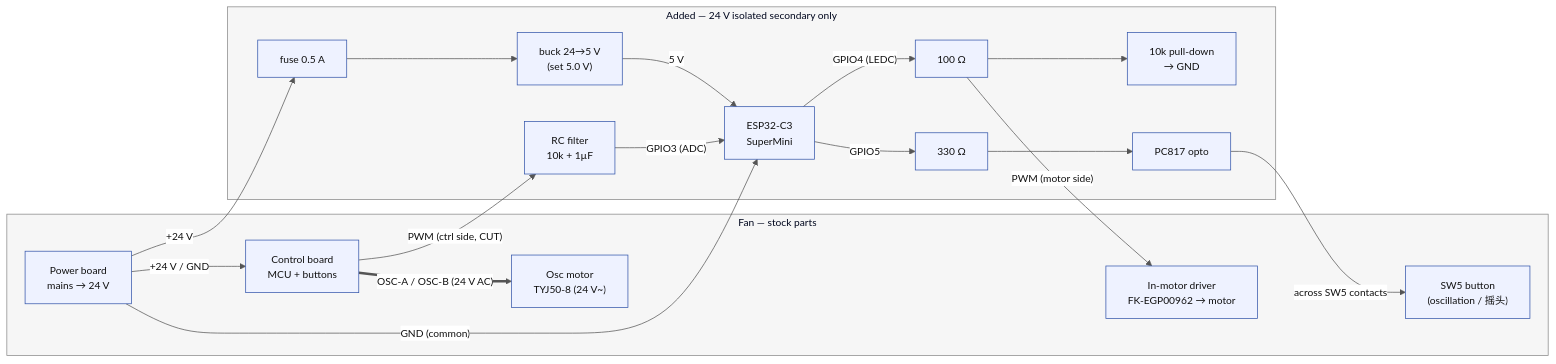
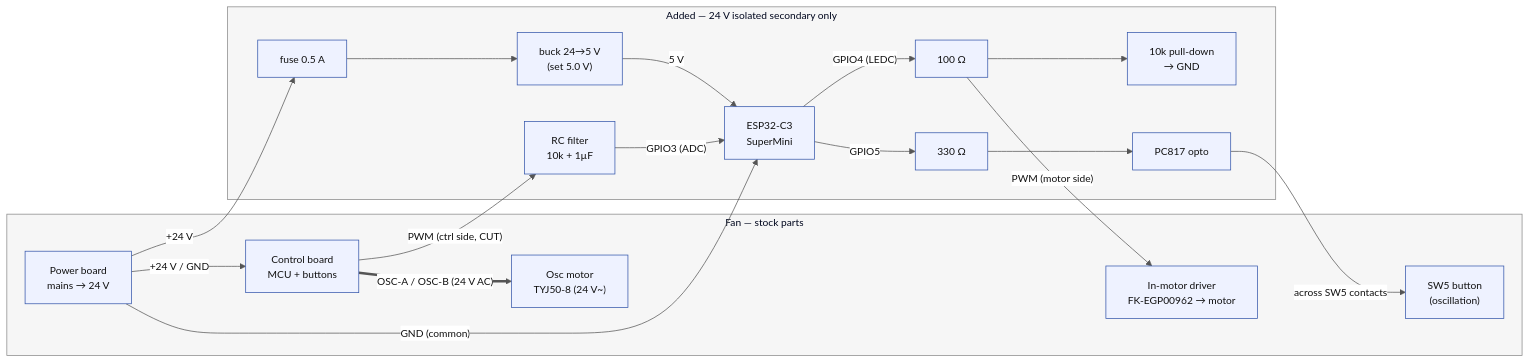
The first of 2 diagrams in BUILD_GUIDE.md (smailzhu/heran-fan-ha-mod), drawn with Mermaid before and after one commit. The commit also changed other lines of this file and 2 other files, not shown here.

Commit message:
Docs: use plain-English 'SW5 (oscillation)' throughout; keep 摇头 only as one bilingual ref + the keypad button-map legend (avoids stray CJK/double-width clutter)

````diff
--- a/BUILD_GUIDE.md
+++ b/BUILD_GUIDE.md
@@ -142,47 +142,47 @@
 ```mermaid
 %%{init: {"theme":"base","themeVariables":{
   "fontSize":"14px",
   "primaryColor":"#eef2ff","primaryTextColor":"#111111","primaryBorderColor":"#3355aa",
   "secondaryColor":"#e8f5e9","tertiaryColor":"#fff8e1",
   "lineColor":"#555555","textColor":"#111111",
   "clusterBkg":"#f6f6f6","clusterBorder":"#888888",
   "edgeLabelBackground":"#ffffff"
 }}}%%
 flowchart LR
     subgraph FAN["Fan — stock parts"]
         PWR["Power board<br/>mains &rarr; 24 V"]
         CTRL["Control board<br/>MCU + buttons"]
-        SW5["SW5 button<br/>(oscillation / 摇头)"]
+        SW5["SW5 button<br/>(oscillation)"]
         DRV["In-motor driver<br/>FK-EGP00962 &rarr; motor"]
         OSC["Osc motor<br/>TYJ50-8 (24 V~)"]
     end
 
     subgraph MOD["Added — 24 V isolated secondary only"]
         FUSE["fuse 0.5 A"]
         BUCK["buck 24&rarr;5 V<br/>(set 5.0 V)"]
         ESP["ESP32-C3<br/>SuperMini"]
         RC["RC filter<br/>10k + 1µF"]
         R100["100 Ω"]
         PD["10k pull-down<br/>&rarr; GND"]
         OPTO["PC817 opto"]
         R330["330 Ω"]
     end
 
     PWR -->|"+24 V / GND"| CTRL
     CTRL ==>|"OSC-A / OSC-B (24 V AC)"| OSC
 
     PWR -->|"+24 V"| FUSE
     FUSE --> BUCK
     BUCK -->|"5 V"| ESP
     PWR -->|"GND (common)"| ESP
 
     CTRL -->|"PWM (ctrl side, CUT)"| RC
     RC -->|"GPIO3 (ADC)"| ESP
     ESP -->|"GPIO4 (LEDC)"| R100
     R100 -->|"PWM (motor side)"| DRV
     R100 --> PD
 
     ESP -->|"GPIO5"| R330
     R330 --> OPTO
     OPTO -->|"across SW5 contacts"| SW5
 ```
````
